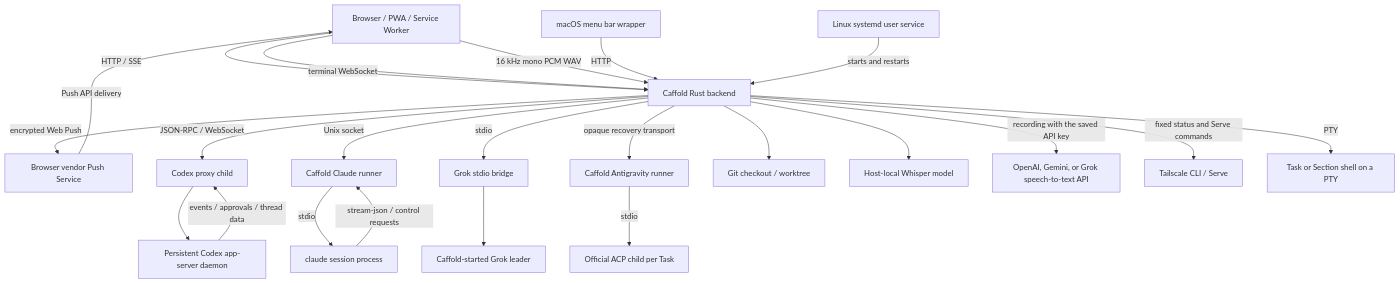
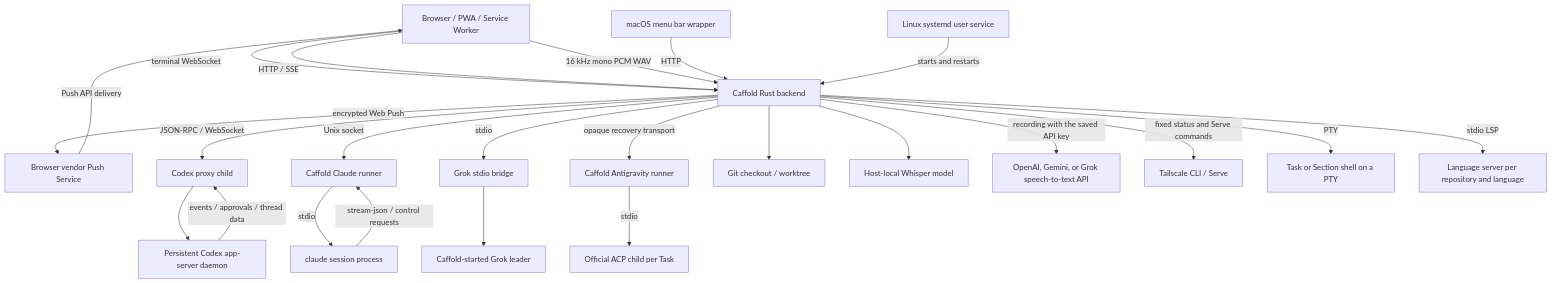
Before and after one commit to panarch/caffold: the diagram in docs/architecture/overview.md, drawn with Mermaid. The commit also changed other lines of this file and 212 other files, not shown here.

````diff
--- a/docs/architecture/overview.md
+++ b/docs/architecture/overview.md
@@ -10,44 +10,46 @@
 ```mermaid
 flowchart TD
     PWA["Browser / PWA / Service Worker"]
     MacWrapper["macOS menu bar wrapper"]
     LinuxService["Linux systemd user service"]
     Backend["Caffold Rust backend"]
     PushService["Browser vendor Push Service"]
     Proxy["Codex proxy child"]
     AppServer["Persistent Codex app-server daemon"]
     Runner["Caffold Claude runner"]
     ClaudeSession["claude session process"]
     GrokBridge["Grok stdio bridge"]
     GrokLeader["Caffold-started Grok leader"]
     AgRunner["Caffold Antigravity runner"]
     AgSession["Official ACP child per Task"]
     Git["Git checkout / worktree"]
     Whisper["Host-local Whisper model"]
     SpeechApi["OpenAI, Gemini, or Grok speech-to-text API"]
     Tailscale["Tailscale CLI / Serve"]
     Shell["Task or Section shell on a PTY"]
+    LanguageServer["Language server per repository and language"]
 
     PWA -->|"HTTP / SSE"| Backend
     PWA -->|"terminal WebSocket"| Backend
     PWA -->|"16 kHz mono PCM WAV"| Backend
     MacWrapper -->|"HTTP"| Backend
     LinuxService -->|"starts and restarts"| Backend
     Backend -->|"JSON-RPC / WebSocket"| Proxy
     Proxy --> AppServer
     Backend -->|"Unix socket"| Runner
     Runner -->|"stdio"| ClaudeSession
     Backend -->|"stdio"| GrokBridge
     GrokBridge --> GrokLeader
     Backend -->|"opaque recovery transport"| AgRunner
     AgRunner -->|"stdio"| AgSession
     Backend --> Git
     Backend -->|"PTY"| Shell
+    Backend -->|"stdio LSP"| LanguageServer
     Backend --> Whisper
     Backend -->|"recording with the saved API key"| SpeechApi
     Backend -->|"fixed status and Serve commands"| Tailscale
     Backend -->|"encrypted Web Push"| PushService
     PushService -->|"Push API delivery"| PWA
     AppServer -->|"events / approvals / thread data"| Proxy
     ClaudeSession -->|"stream-json / control requests"| Runner
 ```
````
